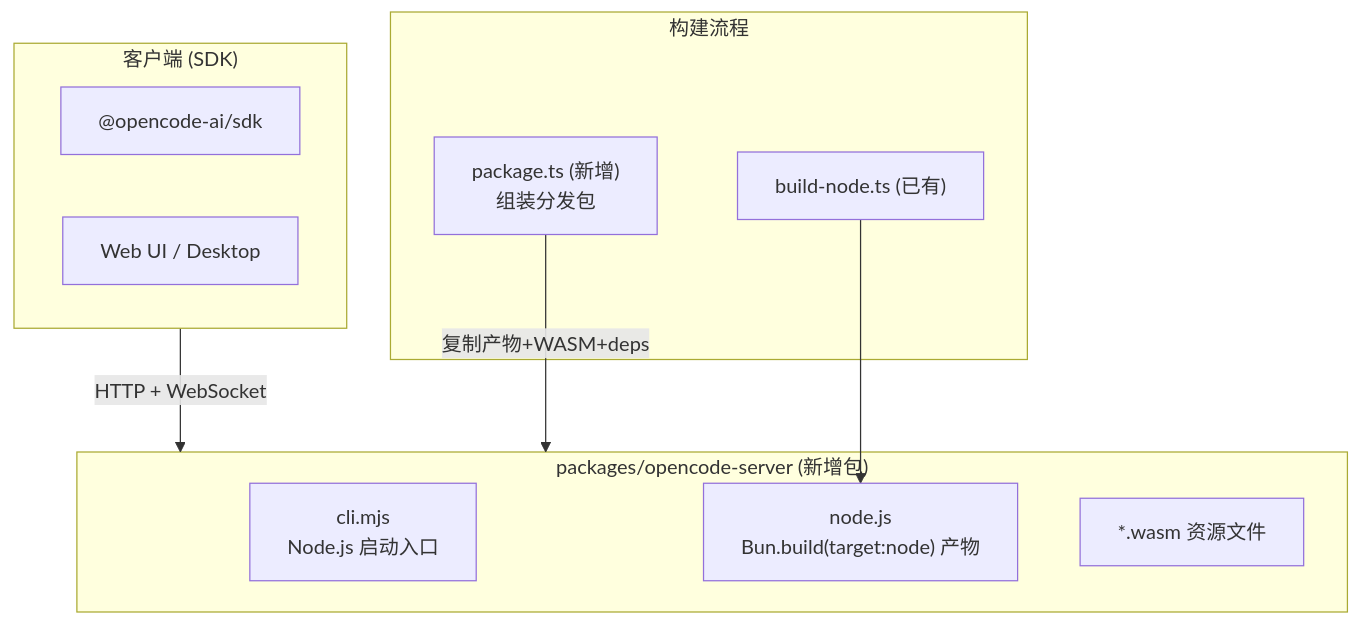
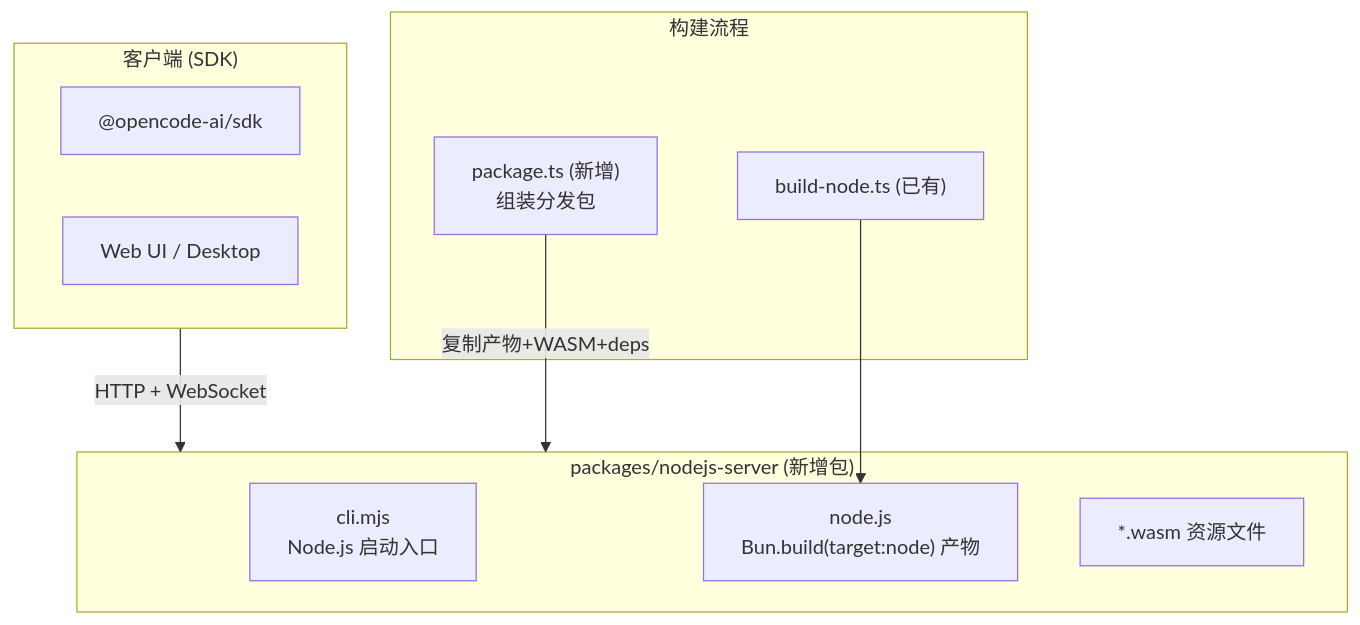
The diagram in node-version-docs/implementation_plan.md (AI-Testing-Workbench/testagent-core), drawn with Mermaid before and after one commit. The commit also changed other lines of this file and 7 other files, not shown here.

First line of the commit message:
refactor: 重命名 opencode-server 为 nodejs-server

````diff
--- a/node-version-docs/implementation_plan.md
+++ b/node-version-docs/implementation_plan.md
@@ -13,22 +13,22 @@
 ```mermaid
 graph TB
-    subgraph NodeServer["packages/opencode-server (新增包)"]
+    subgraph NodeServer["packages/nodejs-server (新增包)"]
         Entry["cli.mjs<br/>Node.js 启动入口"]
         NodeJS["node.js<br/>Bun.build(target:node) 产物"]
         WASM["*.wasm 资源文件"]
     end
 
     subgraph Build["构建流程"]
         BuildScript["build-node.ts (已有)"]
         PackageScript["package.ts (新增)<br/>组装分发包"]
     end
 
     subgraph Client["客户端 (SDK)"]
         SDK["@opencode-ai/sdk"]
         WebUI["Web UI / Desktop"]
     end
 
     BuildScript --> NodeJS
     PackageScript -->|复制产物+WASM+deps| NodeServer
     Client -->|HTTP + WebSocket| NodeServer
 ```
````
